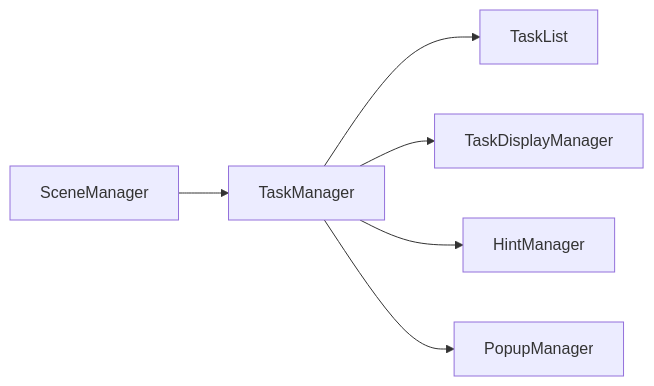
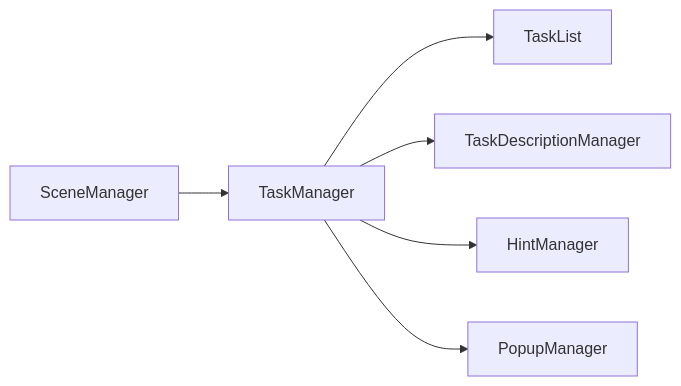
The first of 3 diagrams in Docs/Architecture/architecture.md (FarmasiaVR/farmasia-vr), drawn with Mermaid before and after one commit. The commit also changed other lines of this file and 2 other files, not shown here.

````diff
--- a/Docs/Architecture/architecture.md
+++ b/Docs/Architecture/architecture.md
@@ -6,8 +6,8 @@
 ``` mermaid
 flowchart LR
     SceneManager --> TaskManager
     TaskManager --> TaskList
-    TaskManager --> TaskDisplayManager
+    TaskManager --> TaskDescriptionManager
     TaskManager --> HintManager
     TaskManager --> PopupManager
 ```
````
